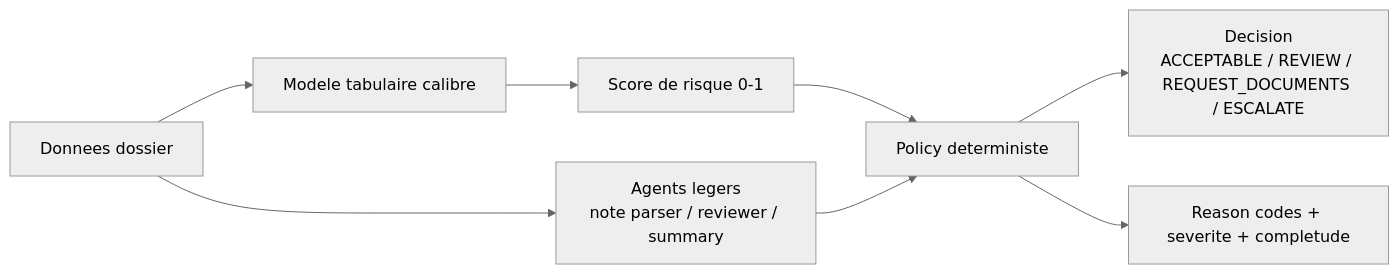
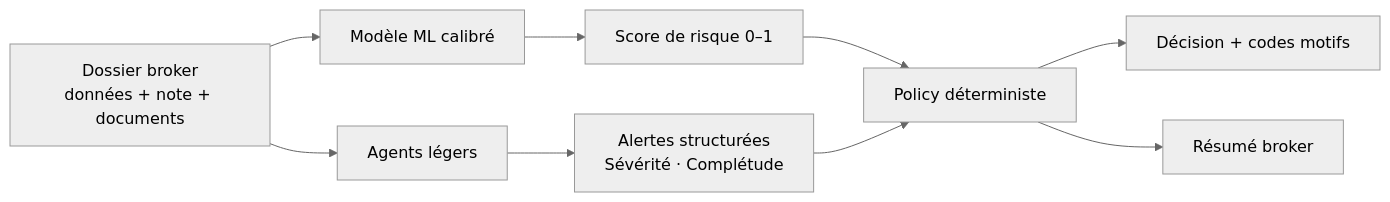
The first of 2 diagrams in README.md (BeediGoua/Brokerflow_ai), drawn with Mermaid (neutral theme) before and after one commit. The commit also changed other lines of this file and 49 other files, not shown here.

````diff
--- a/README.md
+++ b/README.md
@@ -21,12 +31,11 @@
 ```mermaid
 flowchart LR
-    A[Donnees dossier] --> B[Modele tabulaire calibre]
-    B --> C[Score de risque 0-1]
-    A --> D[Agents legers
-note parser / reviewer / summary]
-    C --> E[Policy deterministe]
-    D --> E
-    E --> F[Decision
-ACCEPTABLE / REVIEW / REQUEST_DOCUMENTS / ESCALATE]
-    E --> G[Reason codes + severite + completude]
+    A[Dossier broker\ndonnées + note + documents] --> B[Modèle ML calibré]
+    A --> C[Agents légers]
+    B --> D[Score de risque 0–1]
+    C --> E[Alertes structurées\nSévérité · Complétude]
+    D --> F[Policy déterministe]
+    E --> F
+    F --> G[Décision + codes motifs]
+    F --> H[Résumé broker]
 ```
````
